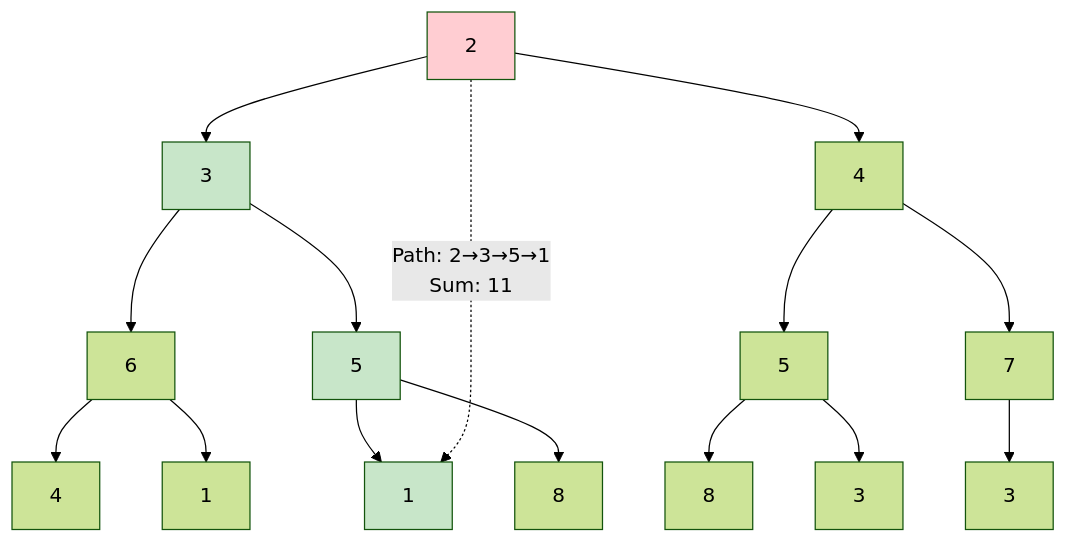
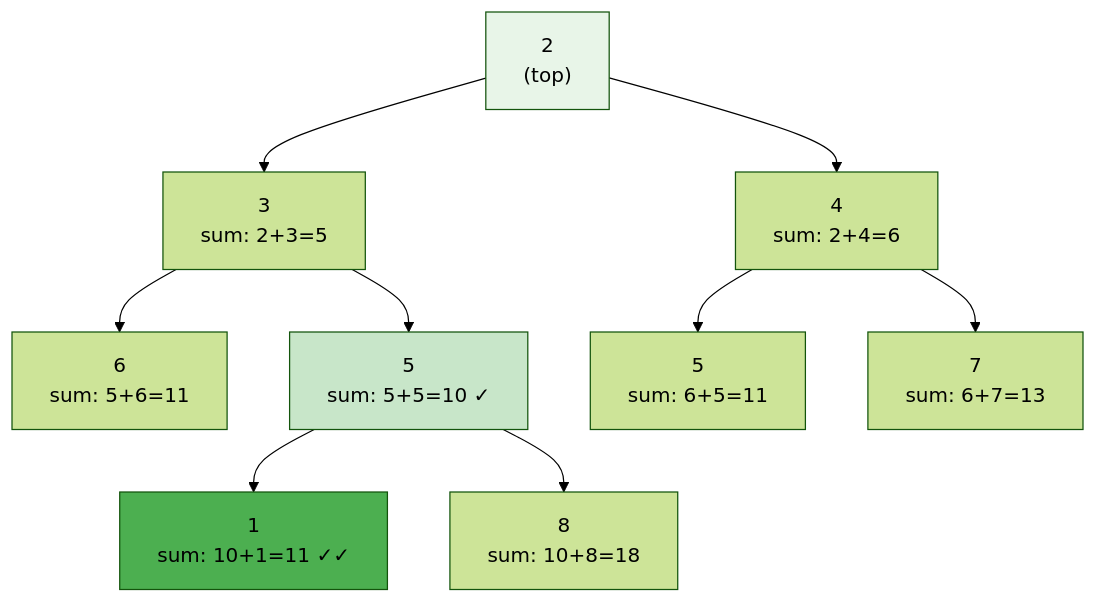
One commit to LuckyLongre123/DSA_CPP changed the third of 18 diagrams in Day_042/README.md. Above: the diagram before and after it, drawn with Mermaid (forest theme). The commit also changed other lines of this file and 22 other files, not shown here.

````diff
--- a/Day_042/README.md
+++ b/Day_042/README.md
@@ -99,23 +100,15 @@
 ```mermaid
-graph TD
-    A[2] --> B[3]
-    A --> C[4]
-    B --> D[6]
-    B --> E[5]
-    C --> F[5]
-    C --> G[7]
-    D --> H[4]
-    D --> I[1]
-    E --> J[1]
-    E --> K[8]
-    F --> L[8]
-    F --> M[3]
-    G --> N[3]
+flowchart TD
+    A["2<br/>(top)"] --> B["3<br/>sum: 2+3=5"]
+    A --> C["4<br/>sum: 2+4=6"]
+    B --> D["6<br/>sum: 5+6=11"]
+    B --> E["5<br/>sum: 5+5=10 ✓"]
+    C --> E2["5<br/>sum: 6+5=11"]
+    C --> F["7<br/>sum: 6+7=13"]
+    E --> G["1<br/>sum: 10+1=11 ✓✓"]
+    E --> H["8<br/>sum: 10+8=18"]
     
-    style A fill:#ffcdd2
-    style B fill:#c8e6c9
+    style A fill:#e8f5e8
     style E fill:#c8e6c9
-    style J fill:#c8e6c9
-    
-    A -.->|"Path: 2→3→5→1<br/>Sum: 11"| J
+    style G fill:#4caf50
 ```
````
